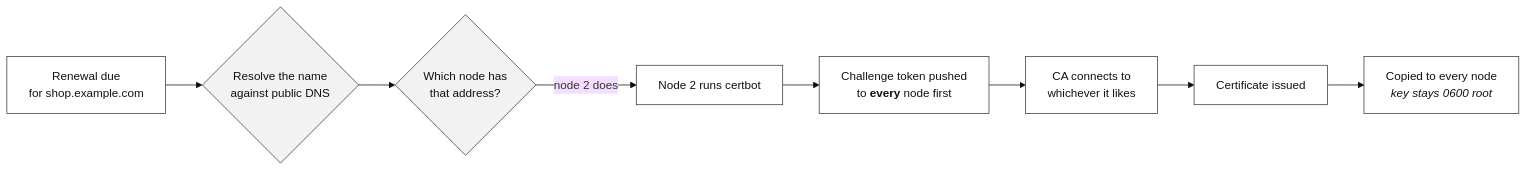
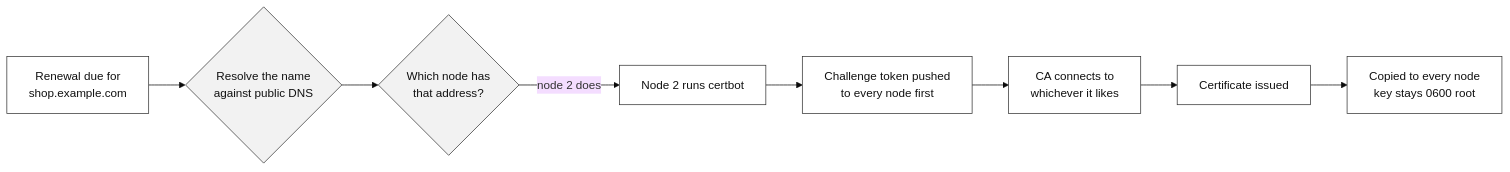
The third of 3 diagrams in README.md (hackrange/failoverlb), drawn with Mermaid (base theme) before and after one commit. The commit also changed other lines of this file, not shown here.

First line of the commit message:
Fix the README diagrams so they render on Mermaid 8.9.2

````diff
--- a/README.md
+++ b/README.md
@@ -283,15 +280,15 @@
 ```mermaid
-flowchart LR
-    S["Renewal due<br/>for shop.example.com"] --> R{"Resolve the name<br/>against public DNS"}
+graph LR
+    S["Renewal due for<br/>shop.example.com"] --> R{"Resolve the name<br/>against public DNS"}
     R --> M{"Which node has<br/>that address?"}
     M -->|"node 2 does"| I["Node 2 runs certbot"]
-    I --> P["Challenge token pushed<br/>to <b>every</b> node first"]
+    I --> P["Challenge token pushed<br/>to every node first"]
     P --> V["CA connects to<br/>whichever it likes"]
     V --> C["Certificate issued"]
-    C --> D["Copied to every node<br/><i>key stays 0600 root</i>"]
+    C --> D["Copied to every node<br/>key stays 0600 root"]
 
-    classDef box fill:#fff,stroke:#333,color:#111
-    classDef dec fill:#f2f2f2,stroke:#333,color:#111
+    classDef box fill:#ffffff,stroke:#333333,stroke-width:1px,color:#111111
+    classDef dec fill:#f2f2f2,stroke:#333333,stroke-width:1px,color:#111111
     class S,I,P,V,C,D box
     class R,M dec
 ```
````
